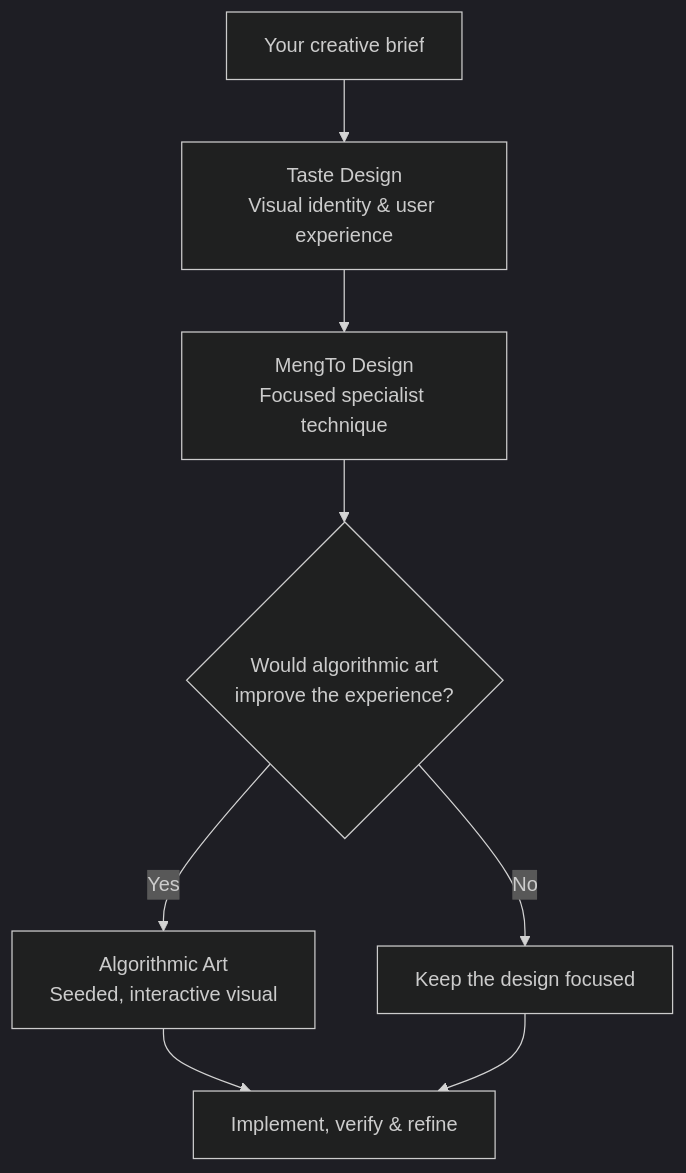
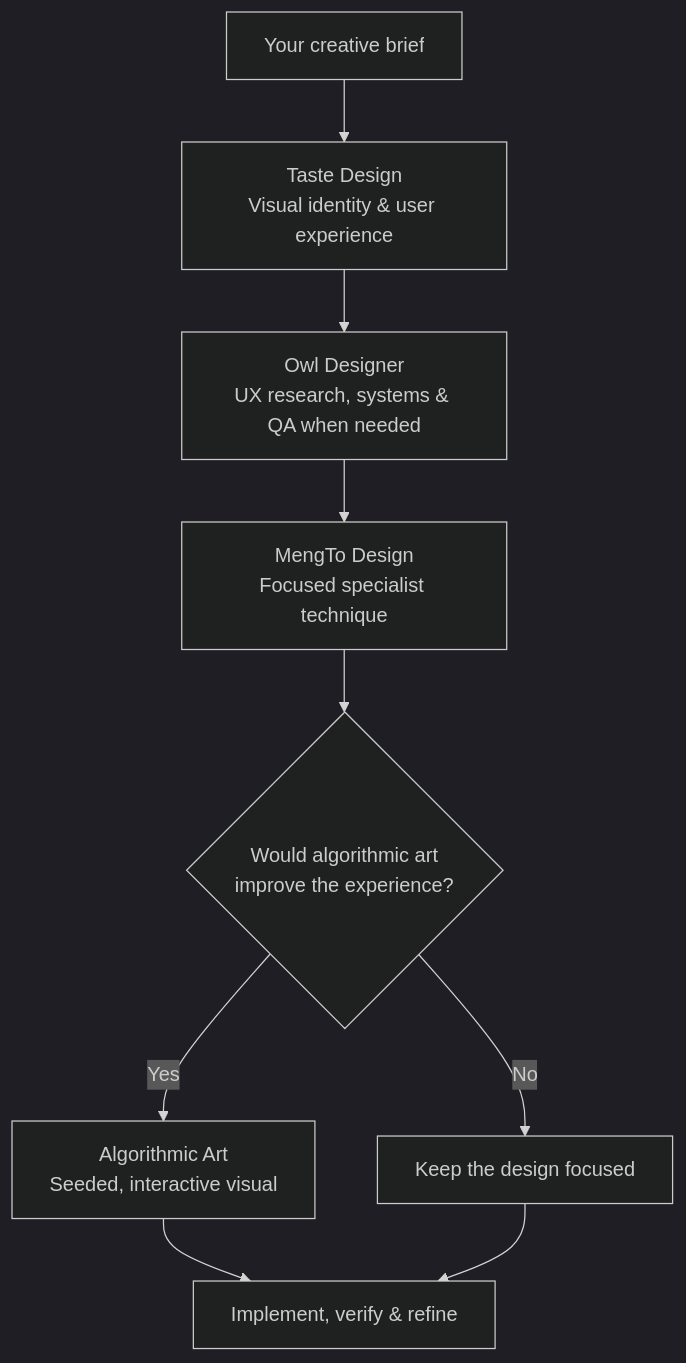
The diagram in adapters/creative-studio/README.md (drakeg/madmallard-chatgpt-adapters), drawn with Mermaid (dark theme) before and after one commit. The commit also changed other lines of this file and 12 other files, not shown here.

First line of the commit message:
feat: add Owl Designer skill and integrate UX quality into Creative Studio (#25)

````diff
--- a/adapters/creative-studio/README.md
+++ b/adapters/creative-studio/README.md
@@ -19,10 +20,11 @@
 ```mermaid
 flowchart TD
     A["Your creative brief"] --> B["Taste Design<br/>Visual identity & user experience"]
-    B --> C["MengTo Design<br/>Focused specialist technique"]
+    B --> O["Owl Designer<br/>UX research, systems & QA when needed"]
+    O --> C["MengTo Design<br/>Focused specialist technique"]
     C --> D{"Would algorithmic art<br/>improve the experience?"}
     D -- Yes --> E["Algorithmic Art<br/>Seeded, interactive visual"]
     D -- No --> F["Keep the design focused"]
     E --> G["Implement, verify & refine"]
     F --> G
 ```
````
